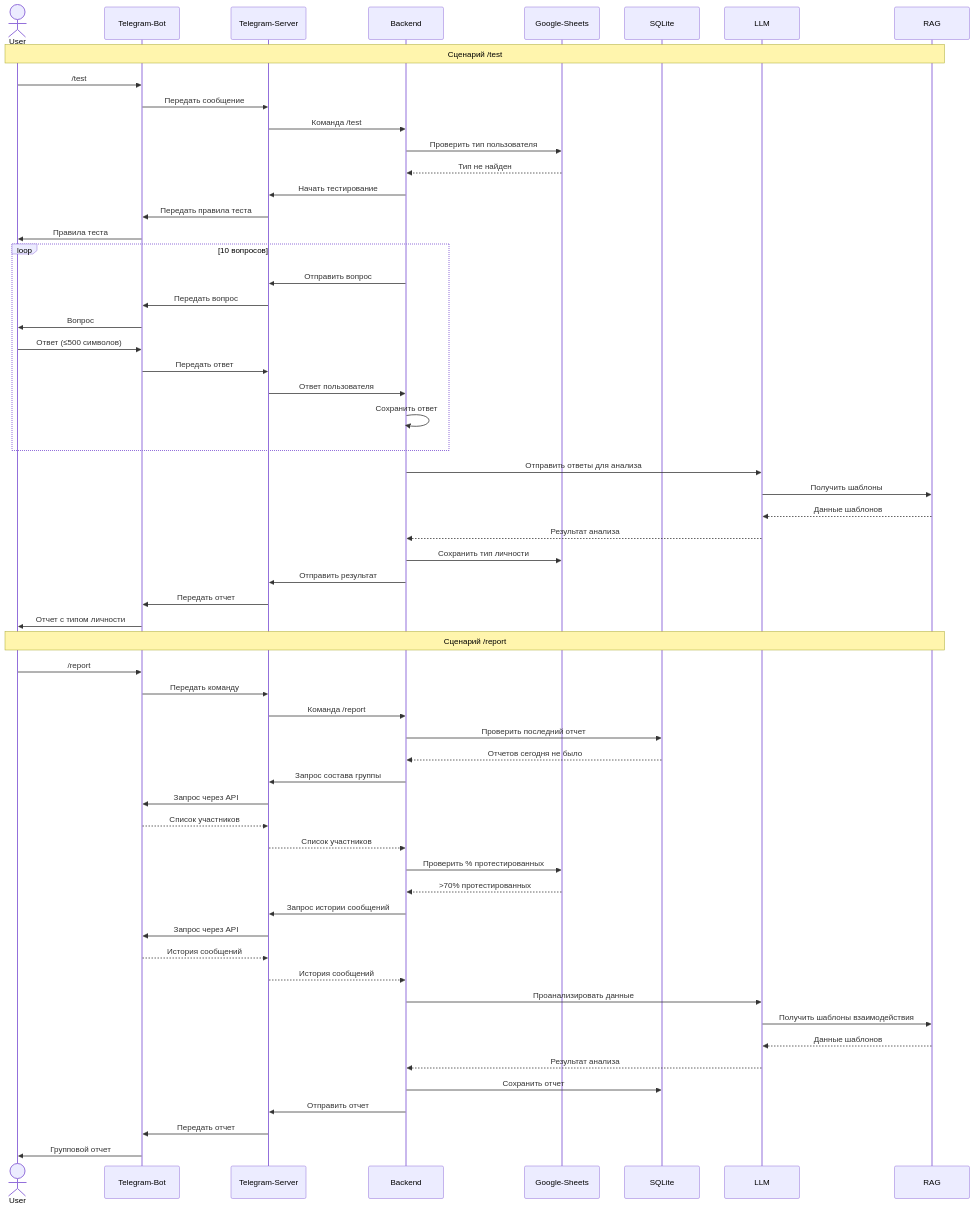
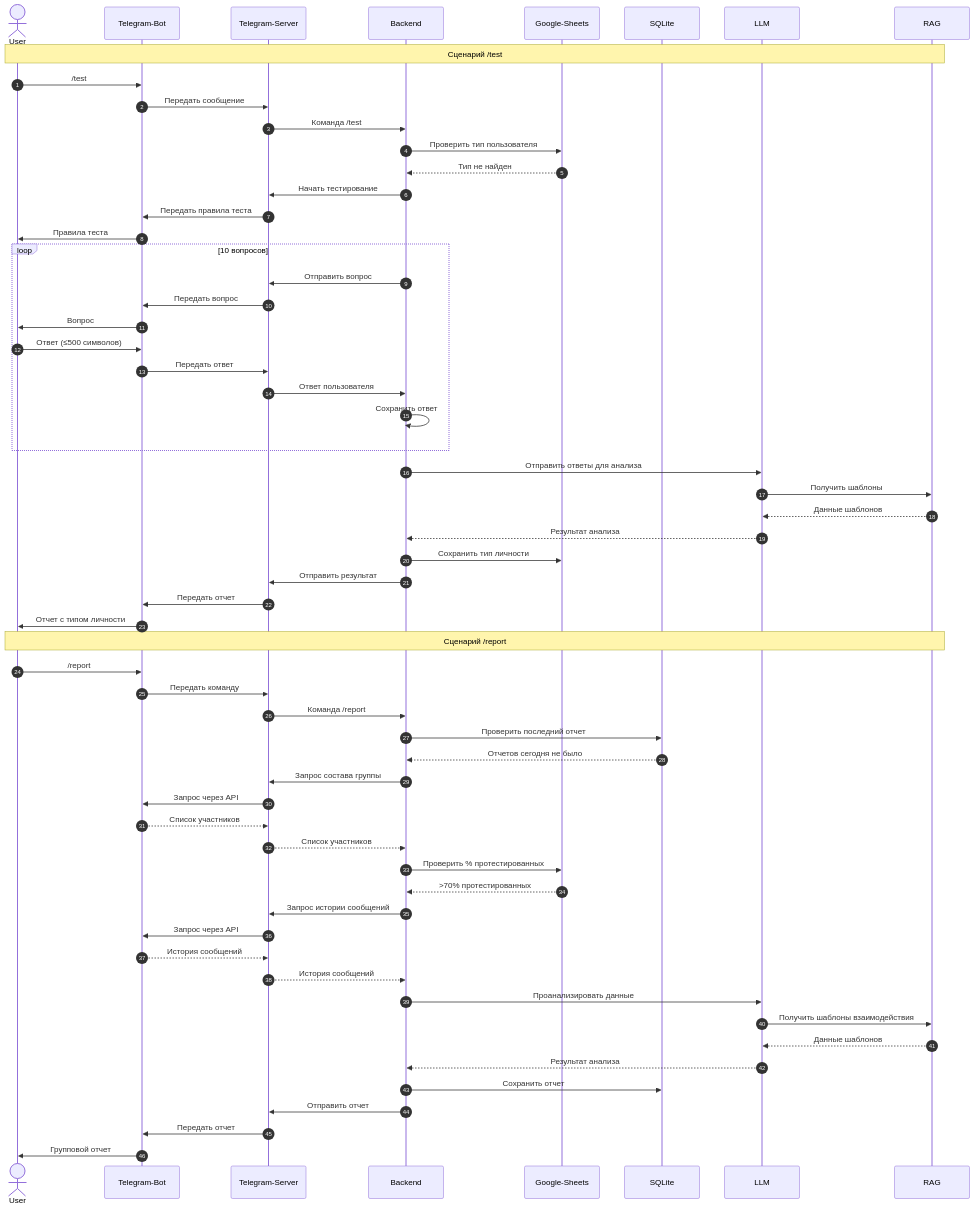
Before and after one commit to patolog123/Analyst-3.0: the diagram in Тамара_Макарова/Sequence.md, drawn with Mermaid.

````diff
--- a/Тамара_Макарова/Sequence.md
+++ b/Тамара_Макарова/Sequence.md
@@ -1,66 +1,67 @@
 ```mermaid
 sequenceDiagram
+    autonumber
     actor User
     participant Telegram-Bot
     participant Telegram-Server
     participant Backend
     participant Google-Sheets
     participant SQLite
     participant LLM
     participant RAG
 
     Note over User, RAG: Сценарий /test
     User->>Telegram-Bot: /test
     Telegram-Bot->>Telegram-Server: Передать сообщение
     Telegram-Server->>Backend: Команда /test
     Backend->>Google-Sheets: Проверить тип пользователя
     Google-Sheets-->>Backend: Тип не найден
     Backend->>Telegram-Server: Начать тестирование
     Telegram-Server->>Telegram-Bot: Передать правила теста
     Telegram-Bot->>User: Правила теста
     
     loop 10 вопросов
         Backend->>Telegram-Server: Отправить вопрос
         Telegram-Server->>Telegram-Bot: Передать вопрос
         Telegram-Bot->>User: Вопрос
         User->>Telegram-Bot: Ответ (≤500 символов)
         Telegram-Bot->>Telegram-Server: Передать ответ
         Telegram-Server->>Backend: Ответ пользователя
         Backend->>Backend: Сохранить ответ
     end
     
     Backend->>LLM: Отправить ответы для анализа
     LLM->>RAG: Получить шаблоны
     RAG-->>LLM: Данные шаблонов
     LLM-->>Backend: Результат анализа
     Backend->>Google-Sheets: Сохранить тип личности
     Backend->>Telegram-Server: Отправить результат
     Telegram-Server->>Telegram-Bot: Передать отчет
     Telegram-Bot->>User: Отчет с типом личности
 
     Note over User, RAG: Сценарий /report
     User->>Telegram-Bot: /report
     Telegram-Bot->>Telegram-Server: Передать команду
     Telegram-Server->>Backend: Команда /report
     Backend->>SQLite: Проверить последний отчет
     SQLite-->>Backend: Отчетов сегодня не было
     Backend->>Telegram-Server: Запрос состава группы
     Telegram-Server->>Telegram-Bot: Запрос через API
     Telegram-Bot-->>Telegram-Server: Список участников
     Telegram-Server-->>Backend: Список участников
     Backend->>Google-Sheets: Проверить % протестированных
     Google-Sheets-->>Backend: >70% протестированных
     Backend->>Telegram-Server: Запрос истории сообщений
     Telegram-Server->>Telegram-Bot: Запрос через API
     Telegram-Bot-->>Telegram-Server: История сообщений
     Telegram-Server-->>Backend: История сообщений
     Backend->>LLM: Проанализировать данные
     LLM->>RAG: Получить шаблоны взаимодействия
     RAG-->>LLM: Данные шаблонов
     LLM-->>Backend: Результат анализа
     Backend->>SQLite: Сохранить отчет
     Backend->>Telegram-Server: Отправить отчет
     Telegram-Server->>Telegram-Bot: Передать отчет
     Telegram-Bot->>User: Групповой отчет
 
 ```
````
